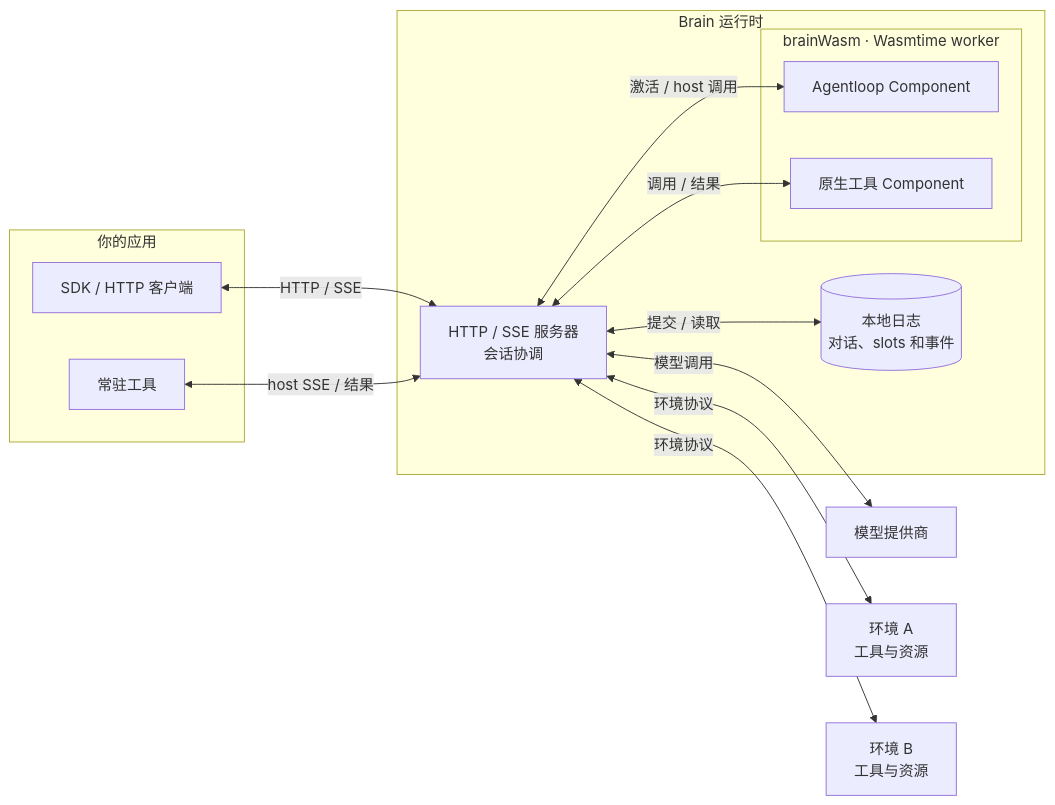
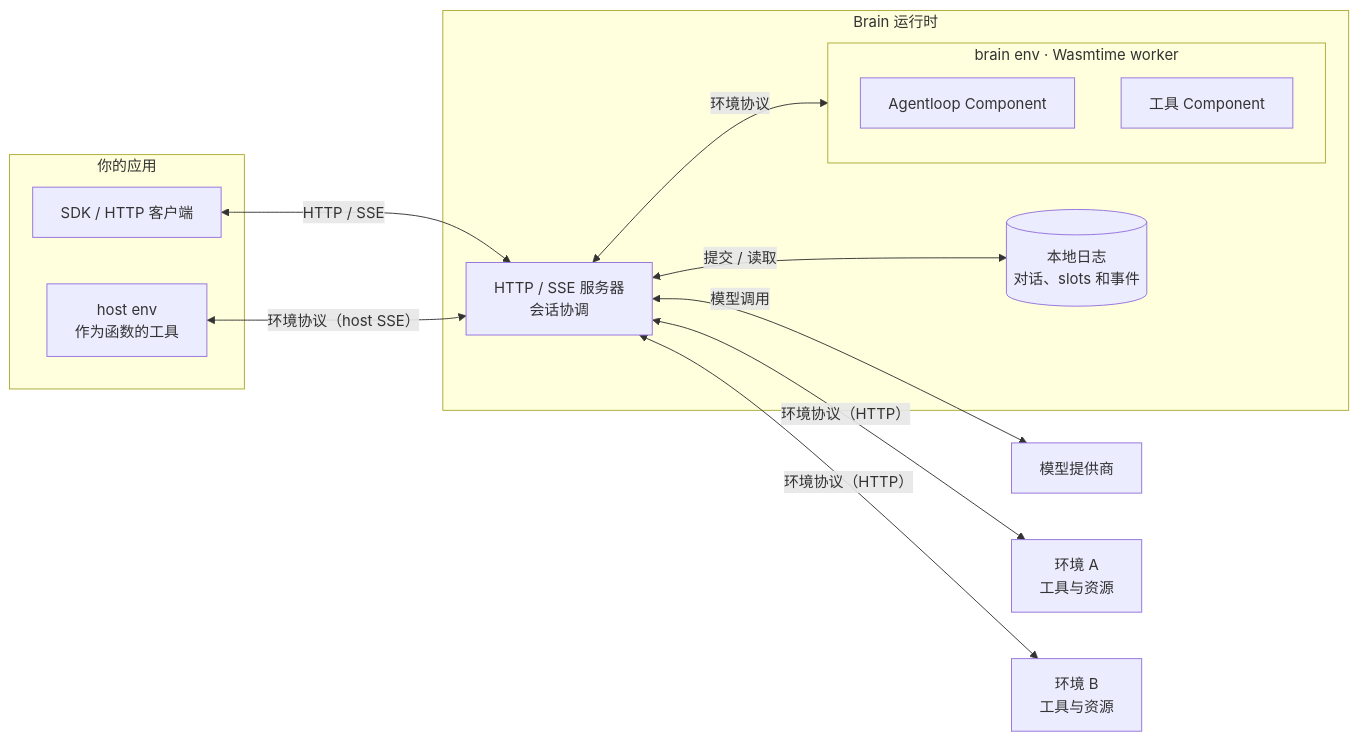
Before and after one commit to aexhq/brain: the diagram in README.cn.md, drawn with Mermaid. The commit also changed other lines of this file and 184 other files, not shown here.

First line of the commit message:
runtime: name records by session and sequence and run every Tool in one Environment protocol (#180)

````diff
--- a/README.cn.md
+++ b/README.cn.md
@@ -59,25 +59,24 @@
 ```mermaid
 flowchart LR
   subgraph App["你的应用"]
     Client["SDK / HTTP 客户端"]
-    Resident["常驻工具"]
+    Host["host env<br/>作为函数的工具"]
   end
 
   subgraph Brain["Brain 运行时"]
     Server["HTTP / SSE 服务器<br/>会话协调"]
     Journal[("本地日志<br/>对话、slots 和事件")]
-    subgraph Worker["brainWasm · Wasmtime worker"]
+    subgraph BrainEnv["brain env · Wasmtime worker"]
       Loop["Agentloop Component"]
-      Native["原生工具 Component"]
+      Native["工具 Component"]
     end
     Server <-->|"提交 / 读取"| Journal
-    Server <-->|"激活 / host 调用"| Loop
-    Server <-->|"调用 / 结果"| Native
+    Server <-->|"环境协议"| BrainEnv
   end
 
   Client <-->|"HTTP / SSE"| Server
-  Resident <-->|"host SSE / 结果"| Server
+  Host <-->|"环境协议（host SSE）"| Server
   Server <-->|"模型调用"| Models["模型提供商"]
-  Server <-->|"环境协议"| EnvA["环境 A<br/>工具与资源"]
-  Server <-->|"环境协议"| EnvB["环境 B<br/>工具与资源"]
+  Server <-->|"环境协议（HTTP）"| EnvA["环境 A<br/>工具与资源"]
+  Server <-->|"环境协议（HTTP）"| EnvB["环境 B<br/>工具与资源"]
 ```
````
